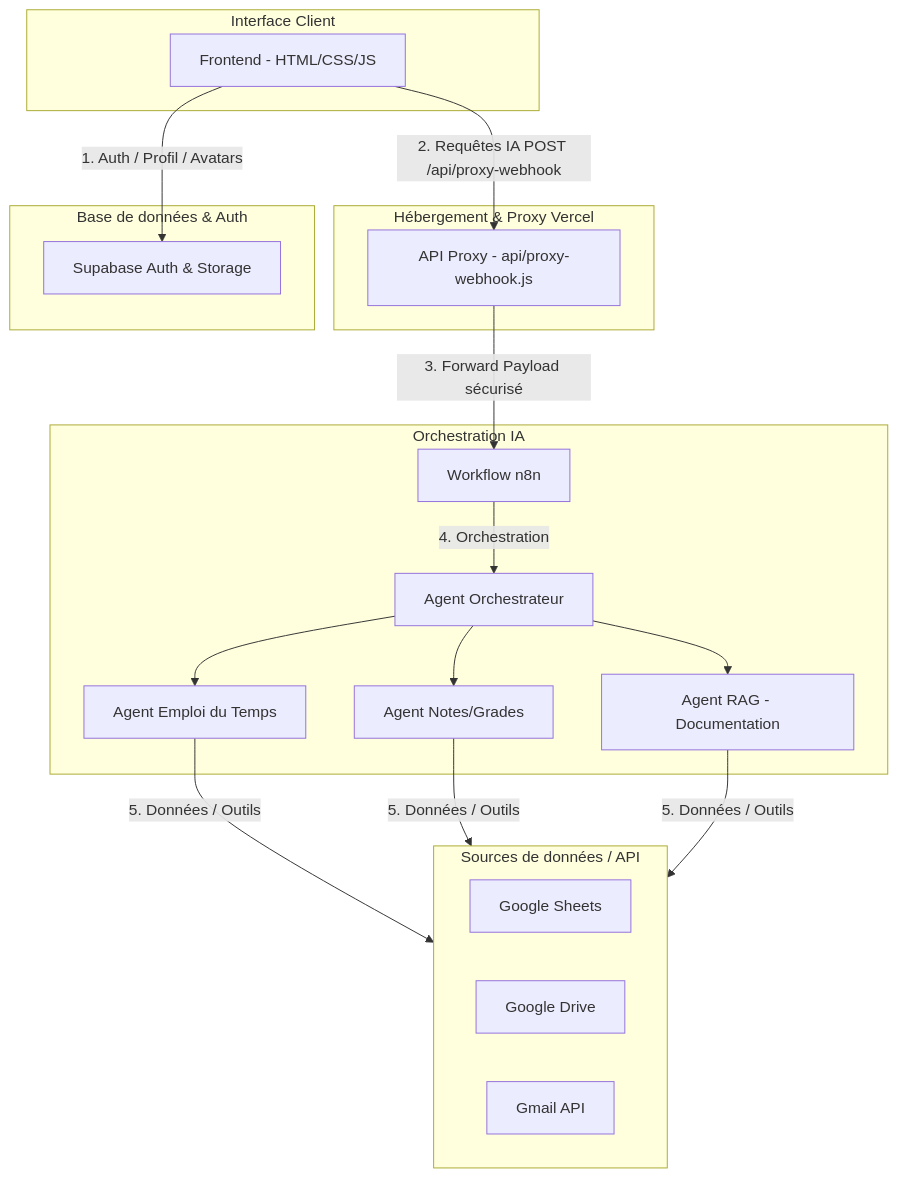
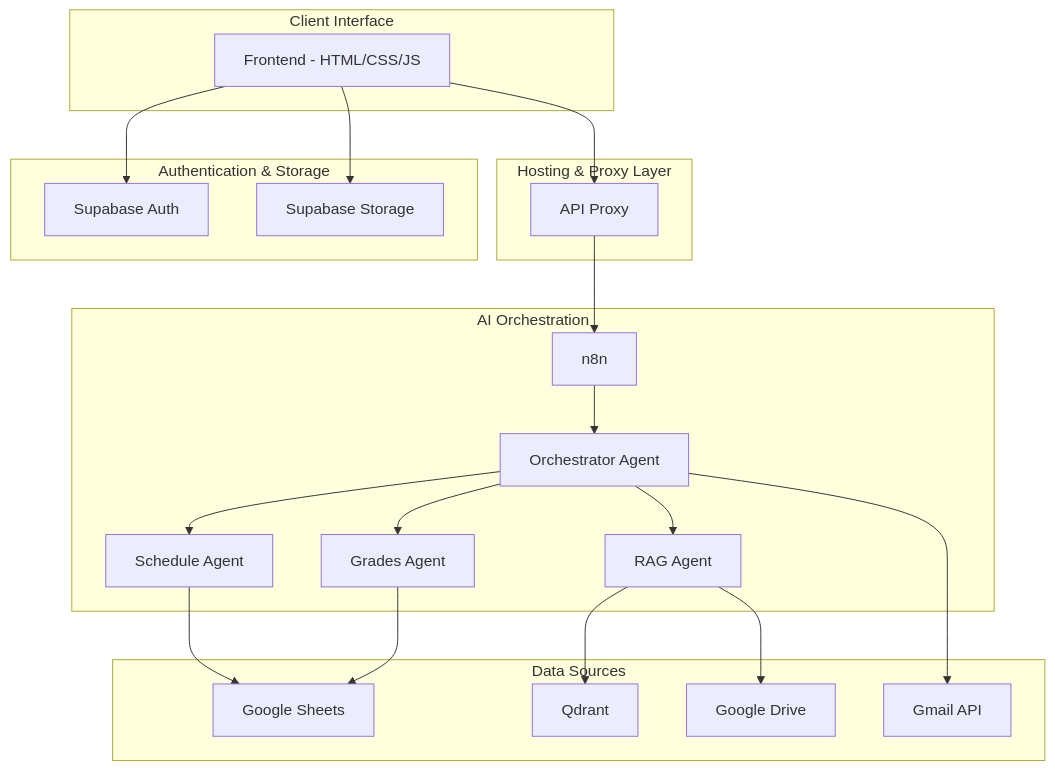
The diagram in README.md (Shizu-ka-san/EstiNova-Academic-Portal-AI-Assistant-ERP-), drawn with Mermaid before and after one commit. The commit also changed other lines of this file, not shown here.

````diff
--- a/README.md
+++ b/README.md
@@ -26,43 +56,46 @@
 ```mermaid
 graph TD
-    %% Frontend & Clients
-    subgraph Client [Interface Client]
+    subgraph Client [Client Interface]
         FE[Frontend - HTML/CSS/JS]
     end
 
-    %% API Proxy & Backend
-    subgraph Vercel [Hébergement & Proxy Vercel]
-        PX[API Proxy - api/proxy-webhook.js]
+    subgraph Vercel [Hosting & Proxy Layer]
+        PX[API Proxy]
     end
 
-    %% Supabase
-    subgraph Supa [Base de données & Auth]
-        SB[Supabase Auth & Storage]
+    subgraph Supabase [Authentication & Storage]
+        SB[Supabase Auth]
+        ST[Supabase Storage]
     end
 
-    %% n8n
-    subgraph n8n_Engine [Orchestration IA]
-        N8N[Workflow n8n]
-        Orch[Agent Orchestrateur]
-        T_Agent[Agent Emploi du Temps]
-        G_Agent[Agent Notes/Grades]
-        D_Agent[Agent RAG - Documentation]
+    subgraph AI [AI Orchestration]
+        N8N[n8n]
+        ORCH[Orchestrator Agent]
+        SCHED[Schedule Agent]
+        GRADES[Grades Agent]
+        DOCS[RAG Agent]
     end
 
-    %% Google Workspace & Services
-    subgraph Services [Sources de données / API]
+    subgraph Data [Data Sources]
         GS[Google Sheets]
         GD[Google Drive]
         GM[Gmail API]
+        QD[Qdrant]
     end
 
-    %% Flux
-    FE -->|1. Auth / Profil / Avatars| SB
-    FE -->|2. Requêtes IA POST /api/proxy-webhook| PX
-    PX -->|3. Forward Payload sécurisé| N8N
-    N8N -->|4. Orchestration| Orch
-    Orch --> T_Agent
-    Orch --> G_Agent
-    Orch --> D_Agent
-    T_Agent & G_Agent & D_Agent -->|5. Données / Outils| Services
+    FE --> SB
+    FE --> ST
+    FE --> PX
+    PX --> N8N
+
+    N8N --> ORCH
+    ORCH --> SCHED
+    ORCH --> GRADES
+    ORCH --> DOCS
+
+    SCHED --> GS
+    GRADES --> GS
+    DOCS --> QD
+    DOCS --> GD
+    ORCH --> GM
 ```
````
